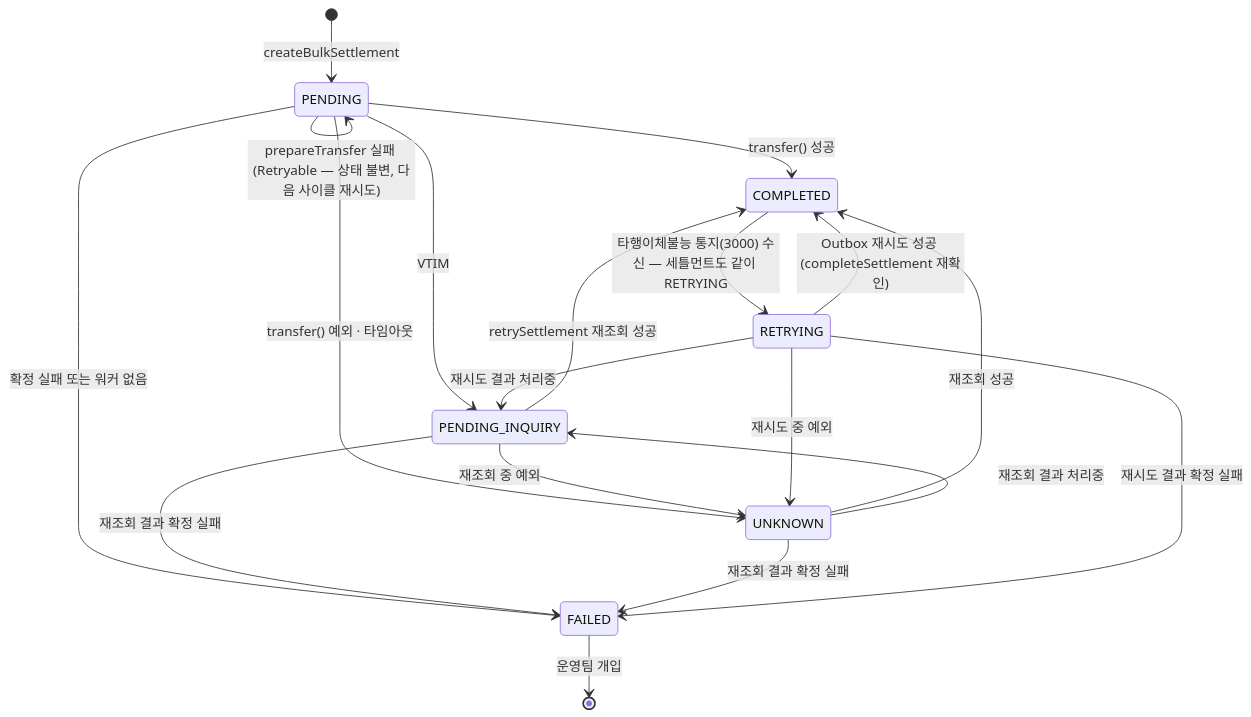
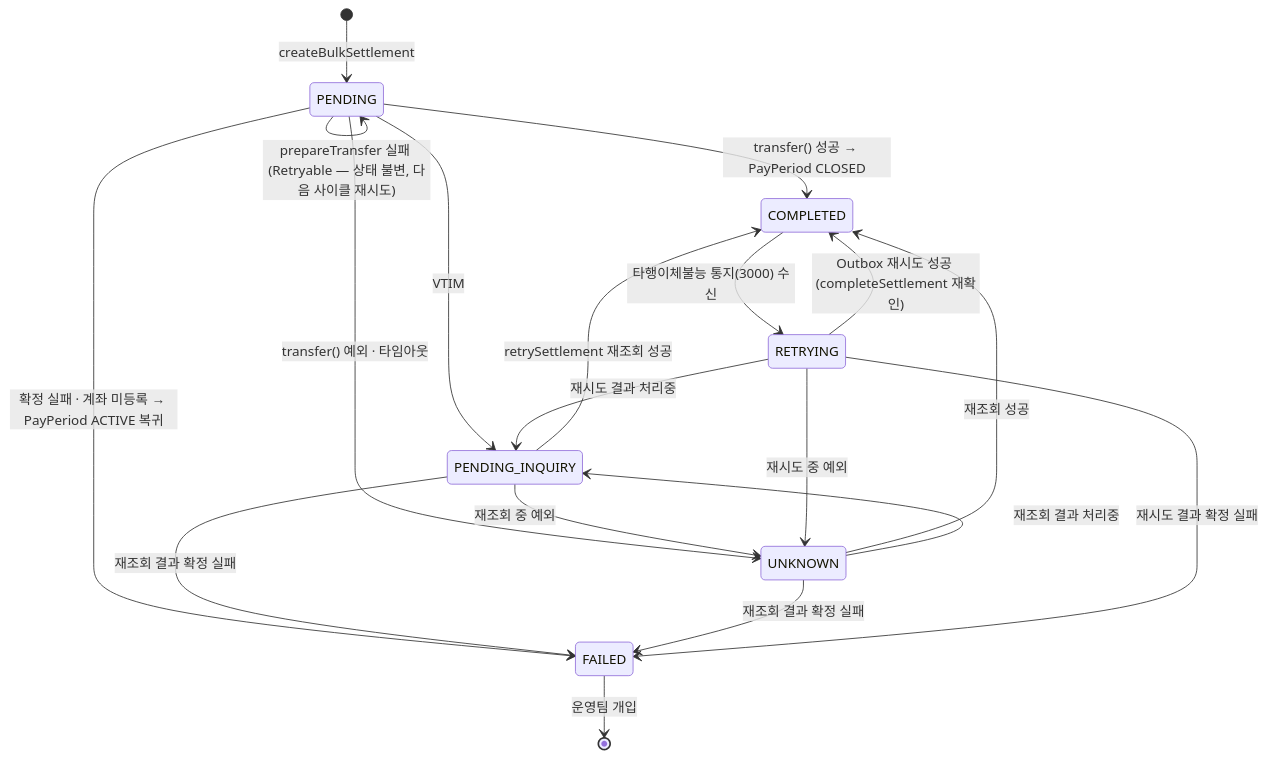
One commit to YOUHEETAE/wage-clock changed the fourth of 5 diagrams in docs/diagrams/state-diagram.md. Above: the diagram before and after it, drawn with Mermaid. The commit also changed other lines of this file and 1 other file, not shown here.

Commit message:
docs: update diagrams for settlement lock states and transfer contexts

````diff
--- a/docs/diagrams/state-diagram.md
+++ b/docs/diagrams/state-diagram.md
@@ -70,27 +121,27 @@
 ```mermaid
 stateDiagram-v2
     [*] --> PENDING: createBulkSettlement
 
-    PENDING --> COMPLETED: transfer() 성공
+    PENDING --> COMPLETED: transfer() 성공 → PayPeriod CLOSED
     PENDING --> PENDING_INQUIRY: VTIM
-    PENDING --> FAILED: 확정 실패 또는 워커 없음
+    PENDING --> FAILED: 확정 실패 · 계좌 미등록 → PayPeriod ACTIVE 복귀
     PENDING --> UNKNOWN: transfer() 예외 · 타임아웃
     PENDING --> PENDING: prepareTransfer 실패 (Retryable — 상태 불변, 다음 사이클 재시도)
 
     PENDING_INQUIRY --> COMPLETED: retrySettlement 재조회 성공
     PENDING_INQUIRY --> FAILED: 재조회 결과 확정 실패
     PENDING_INQUIRY --> UNKNOWN: 재조회 중 예외
 
     UNKNOWN --> COMPLETED: 재조회 성공
     UNKNOWN --> PENDING_INQUIRY: 재조회 결과 처리중
     UNKNOWN --> FAILED: 재조회 결과 확정 실패
 
-    COMPLETED --> RETRYING: 타행이체불능 통지(3000) 수신 — 세틀먼트도 같이 RETRYING
+    COMPLETED --> RETRYING: 타행이체불능 통지(3000) 수신
 
     RETRYING --> COMPLETED: Outbox 재시도 성공 (completeSettlement 재확인)
     RETRYING --> PENDING_INQUIRY: 재시도 결과 처리중
     RETRYING --> FAILED: 재시도 결과 확정 실패
     RETRYING --> UNKNOWN: 재시도 중 예외
 
     FAILED --> [*]: 운영팀 개입
 ```
````
